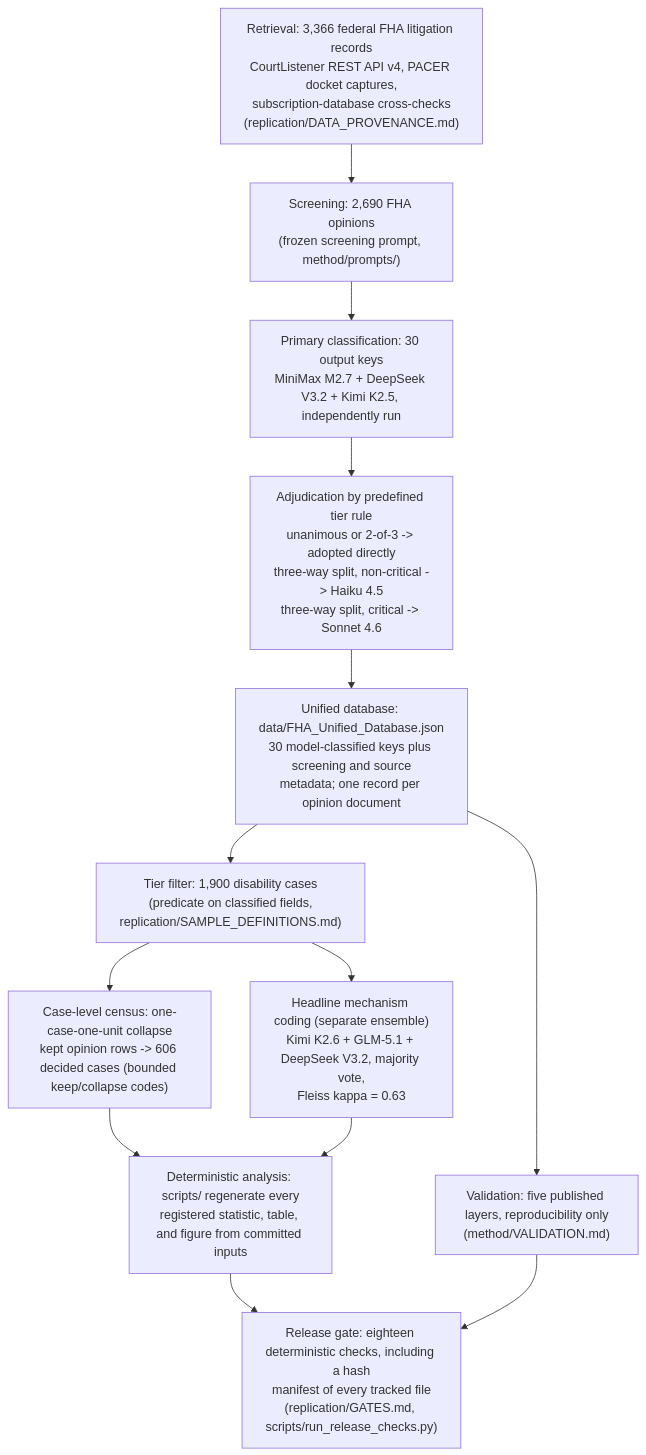
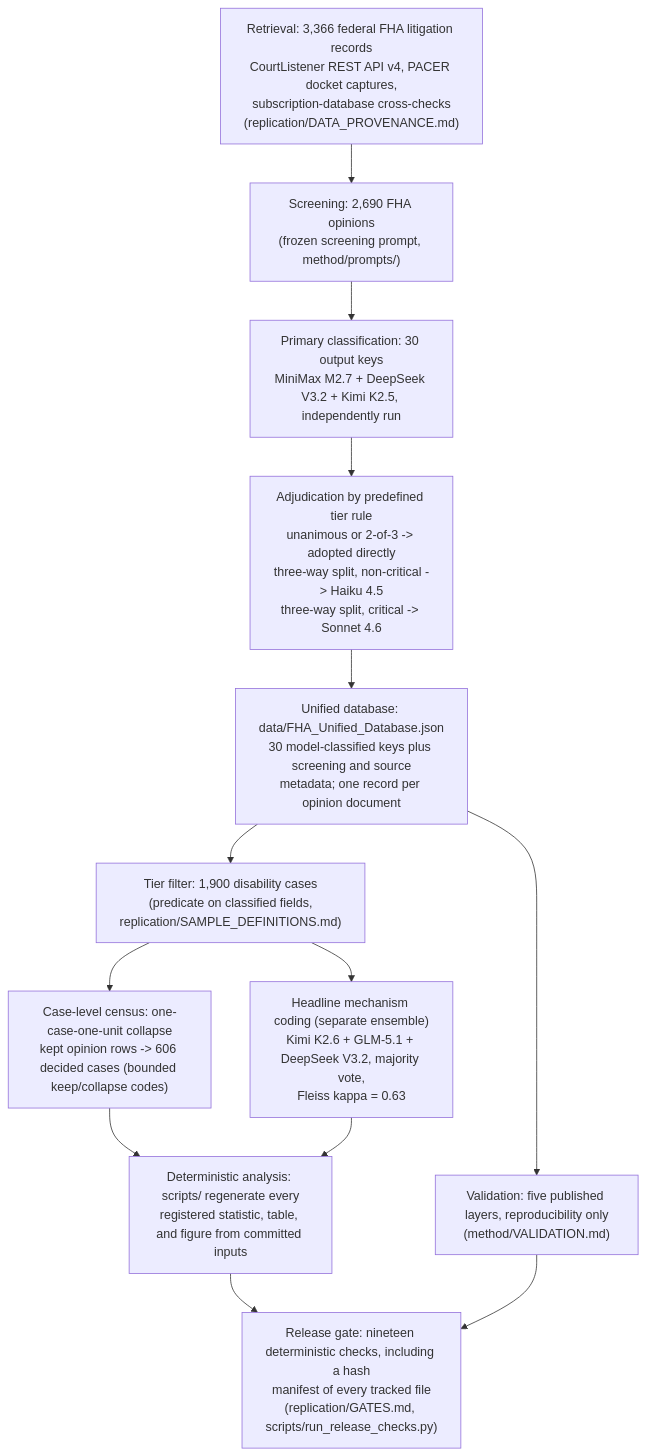
One commit to NickGillArizona/Duty-Without-Data changed the diagram in method/SYSTEM_MAP.md. Above: the diagram before and after it, drawn with Mermaid. The commit also changed other lines of this file and 67 other files, not shown here.

````diff
--- a/method/SYSTEM_MAP.md
+++ b/method/SYSTEM_MAP.md
@@ -10,23 +10,23 @@
 ```mermaid
 flowchart TD
     A["Retrieval: 3,366 federal FHA litigation records<br/>CourtListener REST API v4, PACER docket captures,<br/>subscription-database cross-checks<br/>(replication/DATA_PROVENANCE.md)"]
     B["Screening: 2,690 FHA opinions<br/>(frozen screening prompt, method/prompts/)"]
     C["Primary classification: 30 output keys<br/>MiniMax M2.7 + DeepSeek V3.2 + Kimi K2.5, independently run"]
     D["Adjudication by predefined tier rule<br/>unanimous or 2-of-3 -> adopted directly<br/>three-way split, non-critical -> Haiku 4.5<br/>three-way split, critical -> Sonnet 4.6"]
     E["Unified database: data/FHA_Unified_Database.json<br/>30 model-classified keys plus screening and source<br/>metadata; one record per opinion document"]
     T2["Tier filter: 1,900 disability cases<br/>(predicate on classified fields,<br/>replication/SAMPLE_DEFINITIONS.md)"]
     F["Headline mechanism coding (separate ensemble)<br/>Kimi K2.6 + GLM-5.1 + DeepSeek V3.2, majority vote,<br/>Fleiss kappa = 0.63"]
     G["Case-level census: one-case-one-unit collapse<br/>kept opinion rows -> 606 decided cases (bounded keep/collapse codes)"]
     H["Deterministic analysis: scripts/ regenerate every<br/>registered statistic, table, and figure from committed inputs"]
     I["Validation: five published layers, reproducibility only<br/>(method/VALIDATION.md)"]
-    J["Release gate: eighteen deterministic checks, including a hash<br/>manifest of every tracked file<br/>(replication/GATES.md, scripts/run_release_checks.py)"]
+    J["Release gate: nineteen deterministic checks, including a hash<br/>manifest of every tracked file<br/>(replication/GATES.md, scripts/run_release_checks.py)"]
     A --> B --> C --> D --> E
     E --> T2
     T2 --> F
     T2 --> G
     G --> H
     F --> H
     E --> I
     H --> J
     I --> J
 ```
````
